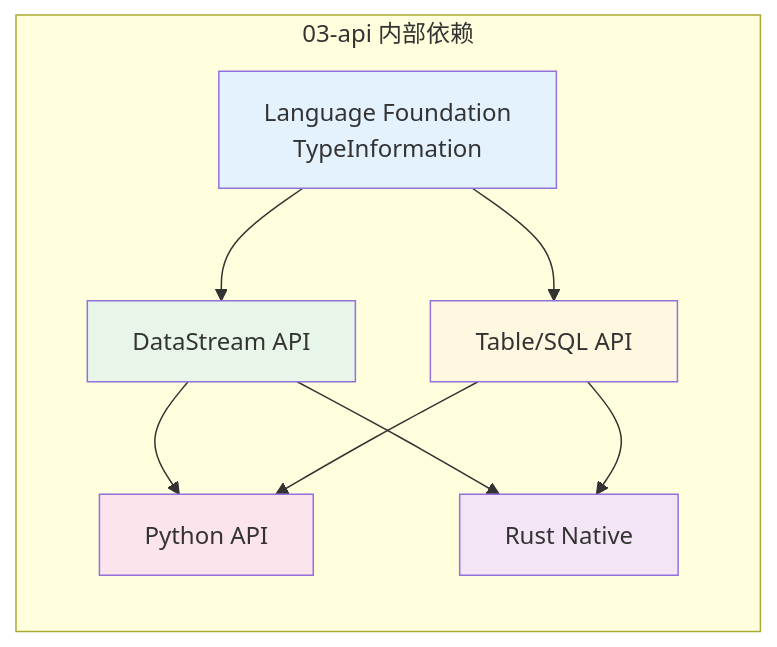
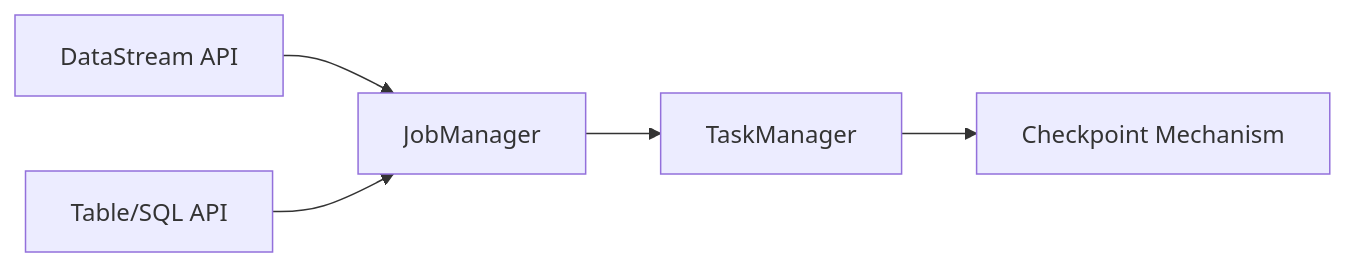
The second of 5 diagrams in i18n/en/Flink/00-FLINK-TECH-STACK-DEPENDENCY.md (AdaMartin18010/AnalysisDataFlow), drawn with Mermaid before and after one commit. The commit also changed other lines of this file and 210 other files, not shown here.

````diff
--- a/i18n/en/Flink/00-FLINK-TECH-STACK-DEPENDENCY.md
+++ b/i18n/en/Flink/00-FLINK-TECH-STACK-DEPENDENCY.md
@@ -314,17 +153,7 @@
 ```mermaid
 graph LR
-    subgraph APILayer["03-api 内部依赖"]
-        LF[Language Foundation<br/>TypeInformation] --> DS[DataStream API]
-        LF --> TS[Table/SQL API]
-        DS --> PT[Python API]
-        TS --> PT
-        DS --> RN[Rust Native]
-        TS --> RN
-    end
-
-    style LF fill:#e3f2fd
-    style DS fill:#e8f5e9
-    style TS fill:#fff8e1
-    style PT fill:#fce4ec
-    style RN fill:#f3e5f5
+    A1[DataStream API] --> R1[JobManager]
+    A2[Table/SQL API] --> R1
+    R1 --> R2[TaskManager]
+    R2 --> C1[Checkpoint Mechanism]
 ```
````
